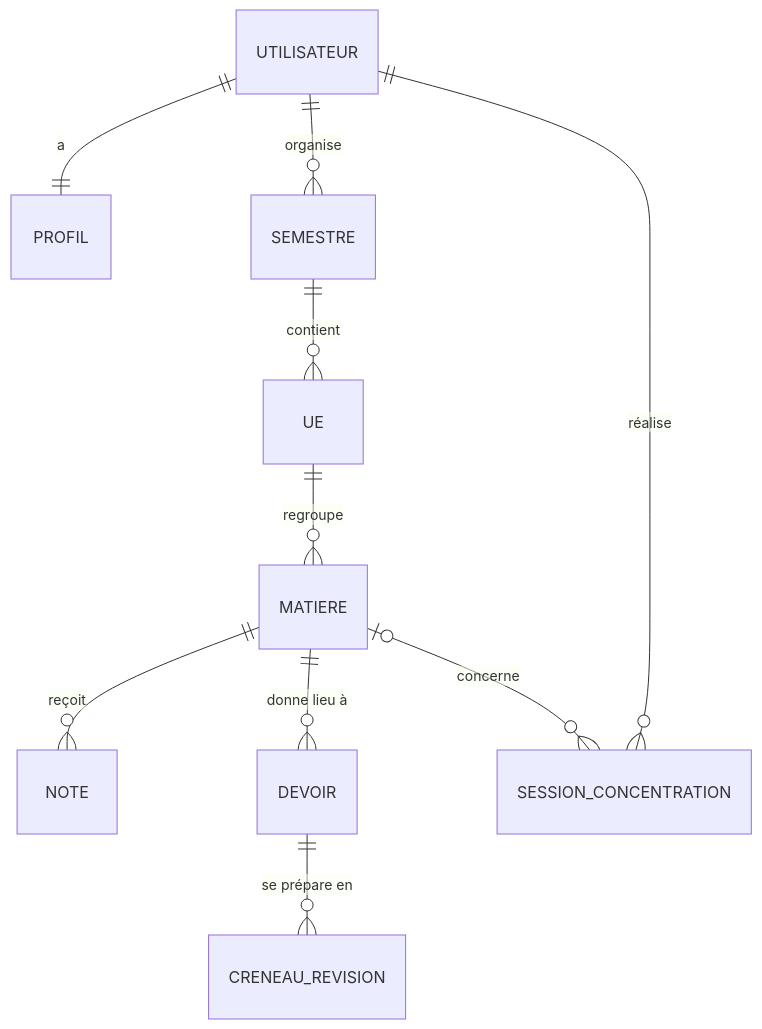
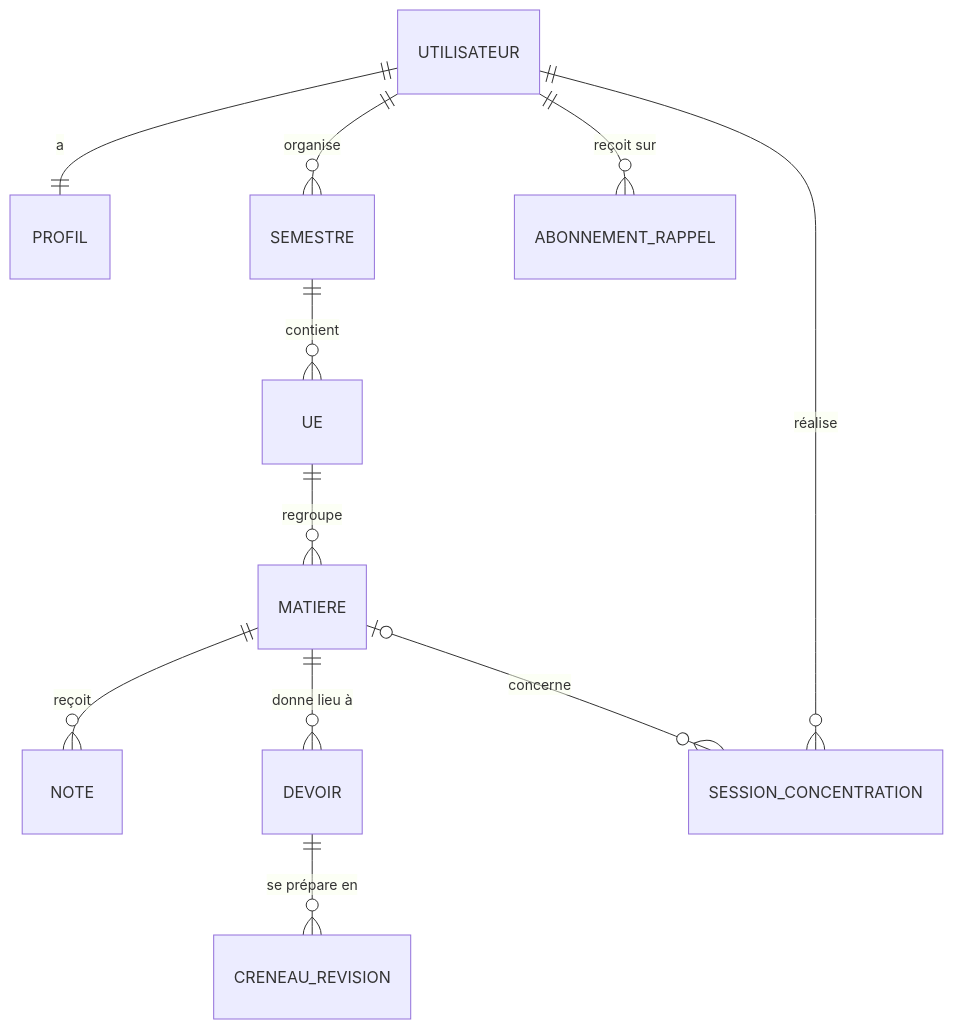
The first of 2 diagrams in docs/modele-de-donnees.md (sllmb/campusflow), drawn with Mermaid before and after one commit. The commit also changed other lines of this file and 26 other files, not shown here.

````diff
--- a/docs/modele-de-donnees.md
+++ b/docs/modele-de-donnees.md
@@ -30,12 +30,13 @@
 ```mermaid
 erDiagram
     UTILISATEUR ||--|| PROFIL : "a"
     UTILISATEUR ||--o{ SEMESTRE : "organise"
     SEMESTRE ||--o{ UE : "contient"
     UE ||--o{ MATIERE : "regroupe"
     MATIERE ||--o{ NOTE : "reçoit"
     MATIERE ||--o{ DEVOIR : "donne lieu à"
     DEVOIR ||--o{ CRENEAU_REVISION : "se prépare en"
     MATIERE |o--o{ SESSION_CONCENTRATION : "concerne"
     UTILISATEUR ||--o{ SESSION_CONCENTRATION : "réalise"
+    UTILISATEUR ||--o{ ABONNEMENT_RAPPEL : "reçoit sur"
 ```
````
